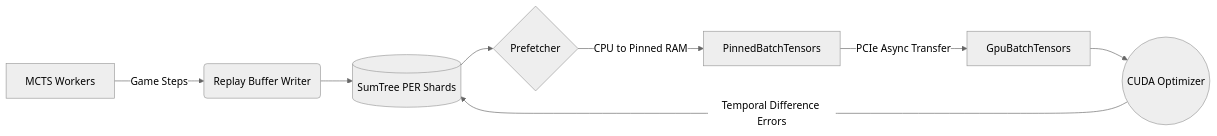
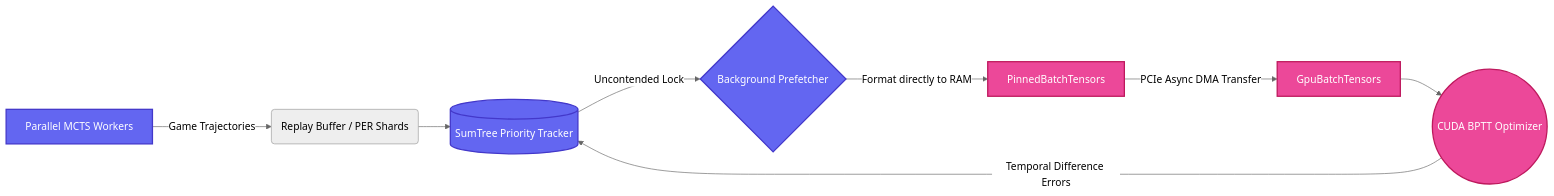
The third of 5 diagrams in README.md (lguibr/tricked), drawn with Mermaid (neutral theme) before and after one commit. The commit also changed other lines of this file and 7 other files, not shown here.

Commit message:
feat: add spatial_channel_count to MuZero config and update documentation architecture diagrams

````diff
--- a/README.md
+++ b/README.md
@@ -98,10 +124,14 @@
 ```mermaid
 flowchart LR
-    A[MCTS Workers] -->|Game Steps| B(Replay Buffer Writer)
-    B --> C[(SumTree PER Shards)]
-    C --> E{Prefetcher}
-    E -->|CPU to Pinned RAM| F[PinnedBatchTensors]
-    F -->|PCIe Async Transfer| G[GpuBatchTensors]
-    G --> H((CUDA Optimizer))
+    classDef C1 fill:#6366f1,stroke:#4338ca,stroke-width:2px,color:#fff;
+    classDef C2 fill:#ec4899,stroke:#be185d,stroke-width:2px,color:#fff;
+
+    A[Parallel MCTS Workers]:::C1 -->|Game Trajectories| B(Replay Buffer / PER Shards)
+    B --> C[(SumTree Priority Tracker)]:::C1
+    C -->|Uncontended Lock| E{Background Prefetcher}:::C1
+    
+    E -->|Format directly to RAM| F[PinnedBatchTensors]:::C2
+    F -->|PCIe Async DMA Transfer| G[GpuBatchTensors]:::C2
+    G --> H((CUDA BPTT Optimizer)):::C2
     H -->|Temporal Difference Errors| C
 ```
````
